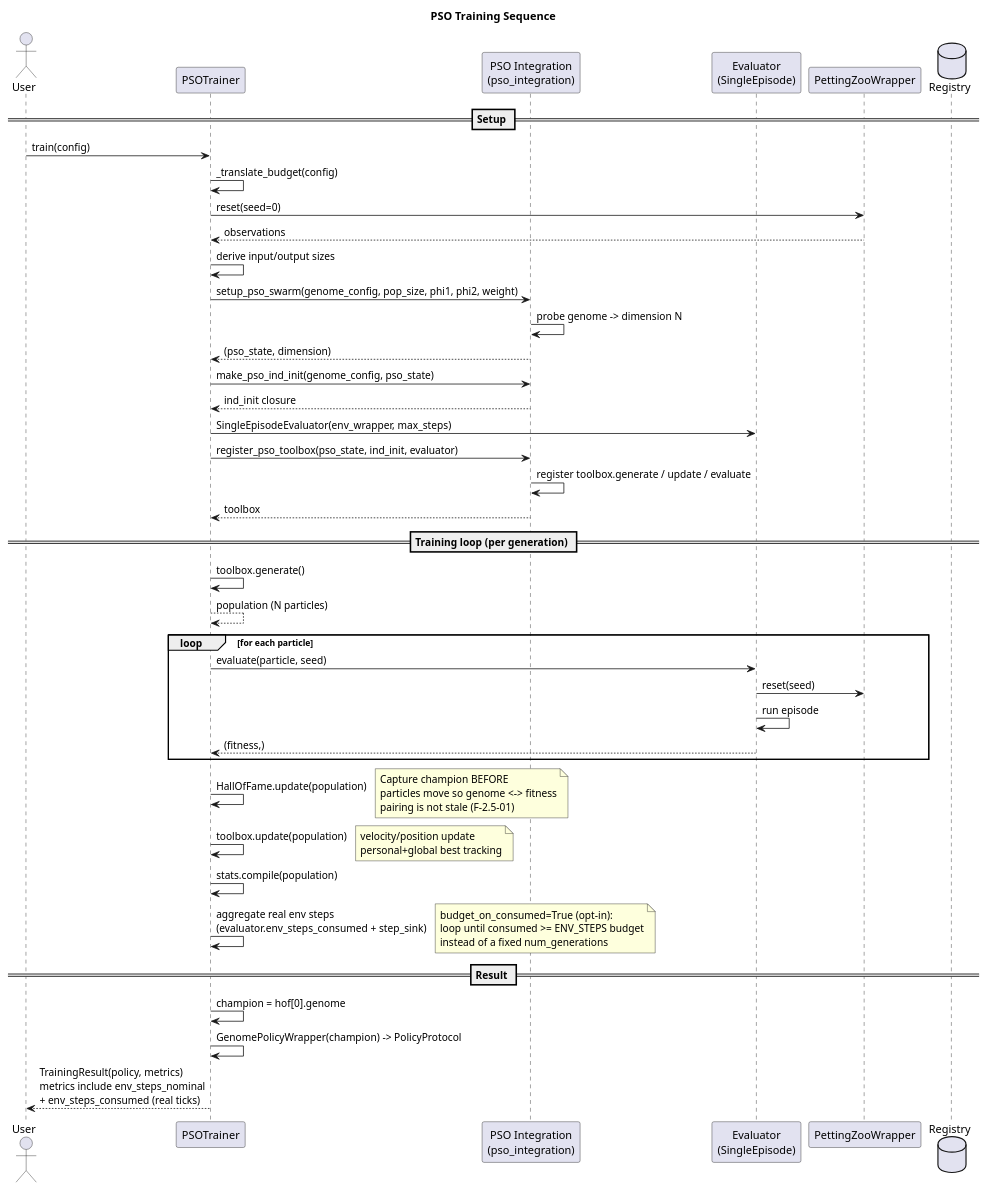
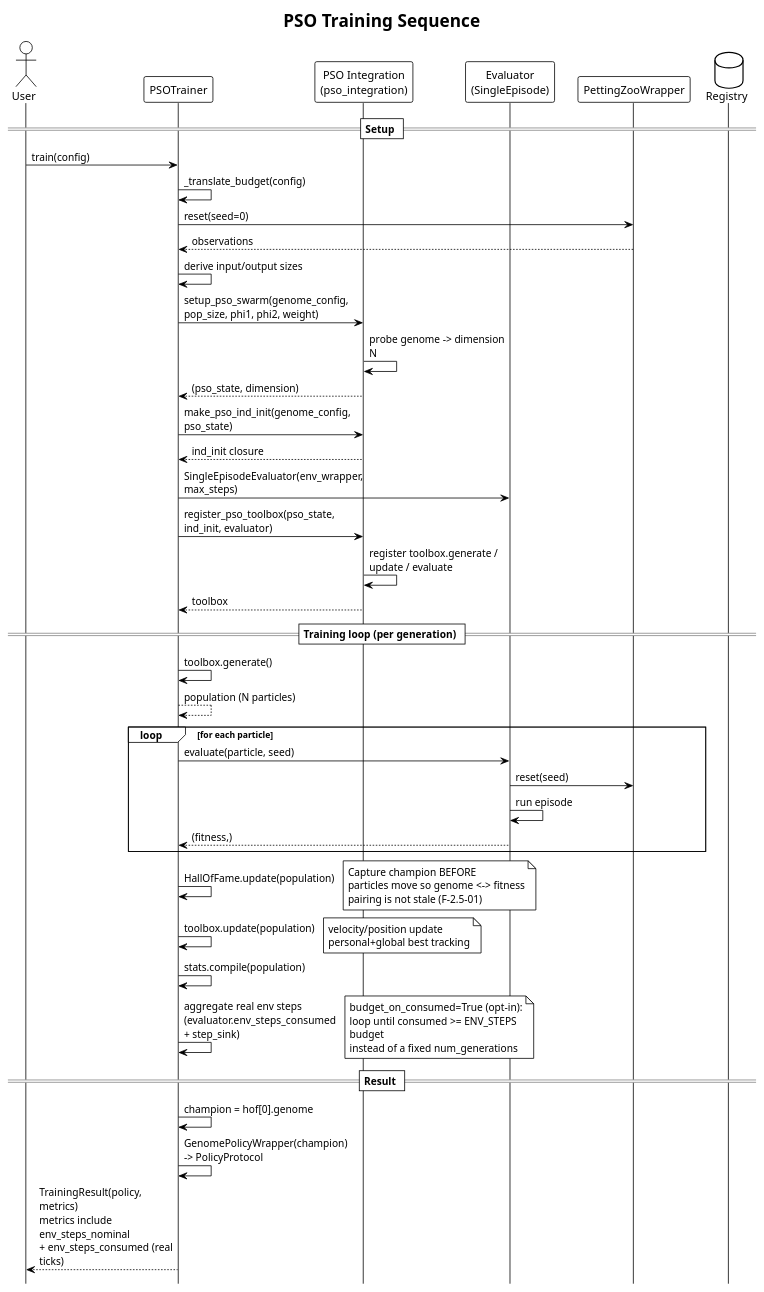
The diagram in docs/UML/sequence_pso_training.puml (Alex180504/DEAP-Zoo-bridge), drawn with PlantUML before and after one commit. The commit also changed 71 other files, not shown here.

Commit message:
Update UML

```diff
--- a/docs/UML/sequence_pso_training.puml
+++ b/docs/UML/sequence_pso_training.puml
@@ -1,49 +1,54 @@
 @startuml
+!theme plain
+' Compact layout (tuned per diagram — see README, 'Sequence-diagram layout').
+hide footbox
+skinparam maxMessageSize 180
+skinparam wrapWidth 240
 title PSO Training Sequence
 
 actor User
 participant "PSOTrainer" as T
 participant "PSO Integration\n(pso_integration)" as I
 participant "Evaluator\n(SingleEpisode)" as E
 participant "PettingZooWrapper" as W
 database "Registry" as R
 
 == Setup ==
 User -> T: train(config)
 T -> T: _translate_budget(config)
 T -> W: reset(seed=0)
 W --> T: observations
 T -> T: derive input/output sizes
 T -> I: setup_pso_swarm(genome_config, pop_size, phi1, phi2, weight)
 I -> I: probe genome -> dimension N
 I --> T: (pso_state, dimension)
 T -> I: make_pso_ind_init(genome_config, pso_state)
 I --> T: ind_init closure
 T -> E: SingleEpisodeEvaluator(env_wrapper, max_steps)
 T -> I: register_pso_toolbox(pso_state, ind_init, evaluator)
 I -> I: register toolbox.generate / update / evaluate
 I --> T: toolbox
 
 == Training loop (per generation) ==
 T -> T: toolbox.generate()
 T --> T: population (N particles)
 loop for each particle
   T -> E: evaluate(particle, seed)
   E -> W: reset(seed)
   E -> E: run episode
   E --> T: (fitness,)
 end
 T -> T: HallOfFame.update(population)
 note right: Capture champion BEFORE\nparticles move so genome <-> fitness\npairing is not stale (F-2.5-01)
 
 T -> T: toolbox.update(population)
 note right: velocity/position update\npersonal+global best tracking
 T -> T: stats.compile(population)
 T -> T: aggregate real env steps\n(evaluator.env_steps_consumed + step_sink)
 note right: budget_on_consumed=True (opt-in):\nloop until consumed >= ENV_STEPS budget\ninstead of a fixed num_generations
 
 == Result ==
 T -> T: champion = hof[0].genome
 T -> T: GenomePolicyWrapper(champion) -> PolicyProtocol
 T --> User: TrainingResult(policy, metrics)\nmetrics include env_steps_nominal\n+ env_steps_consumed (real ticks)
 @enduml
```
